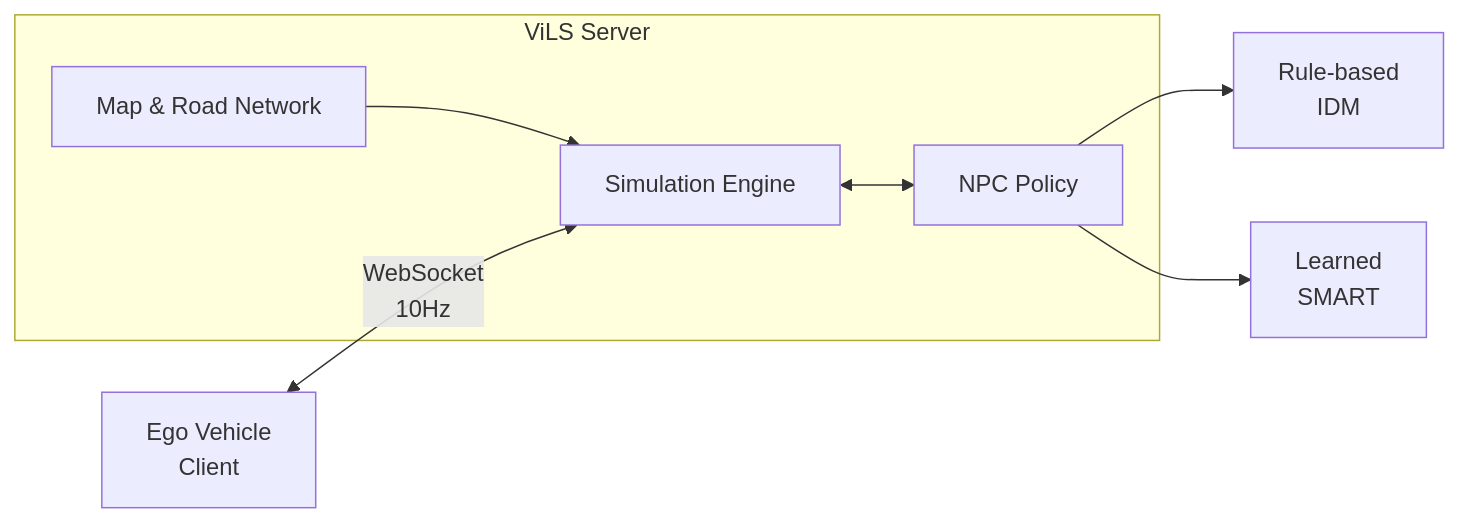
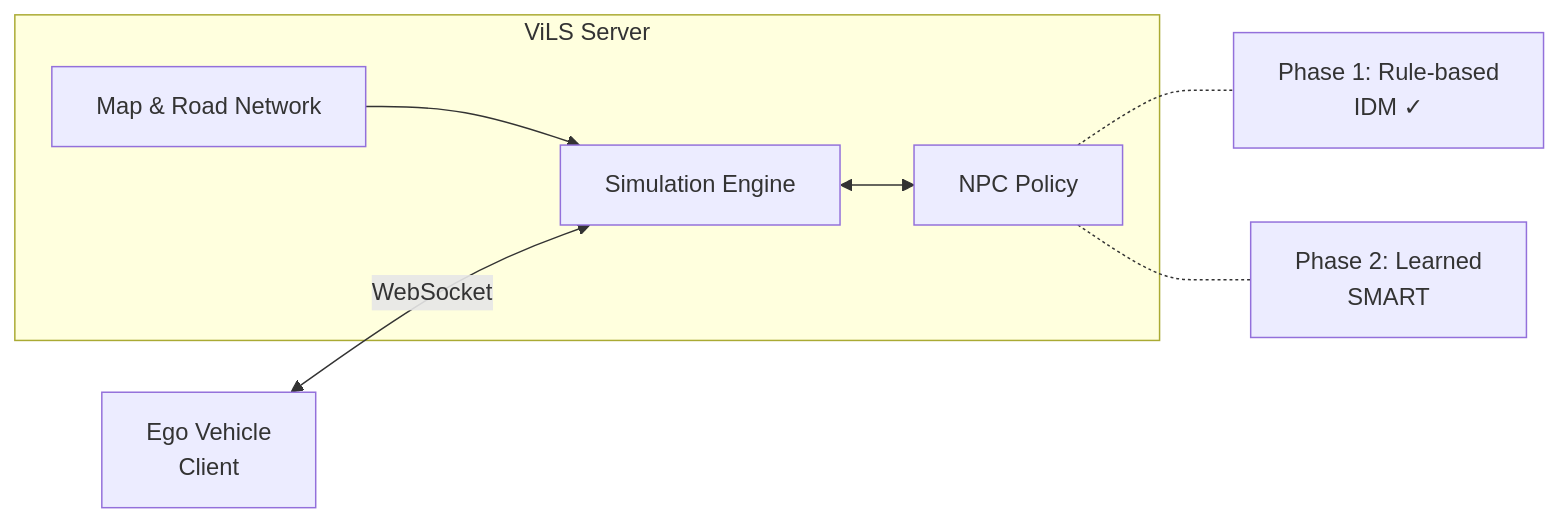
The diagram in tasks/vils-server.md (OIEIyoon/ad-simulation-public), drawn with Mermaid before and after one commit. The commit also changed other lines of this file, not shown here.

Commit message:
Fix: Client-driven comm, Policy phase clarification

````diff
--- a/tasks/vils-server.md
+++ b/tasks/vils-server.md
@@ -24,12 +24,12 @@
 ```mermaid
 flowchart LR
     subgraph ViLS Server
         A[Map & Road Network] --> B[Simulation Engine]
         B <--> C[NPC Policy]
     end
 
-    D[Ego Vehicle<br/>Client] <--> |WebSocket<br/>10Hz| B
+    D[Ego Vehicle<br/>Client] <--> |WebSocket| B
 
-    C --> C1[Rule-based<br/>IDM]
-    C --> C2[Learned<br/>SMART]
+    C -.- C1[Phase 1: Rule-based<br/>IDM ✓]
+    C -.- C2[Phase 2: Learned<br/>SMART]
 ```
````
